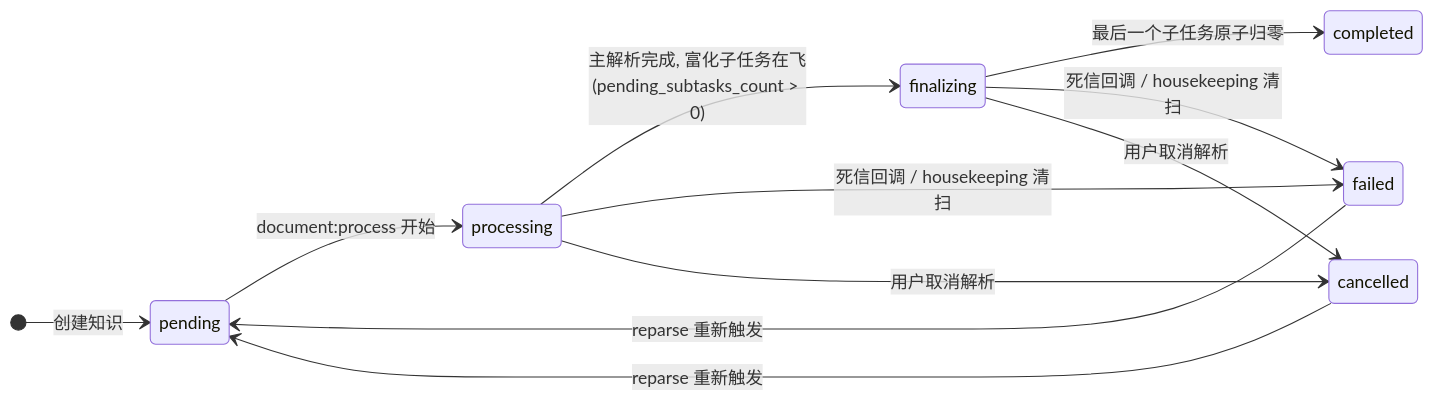
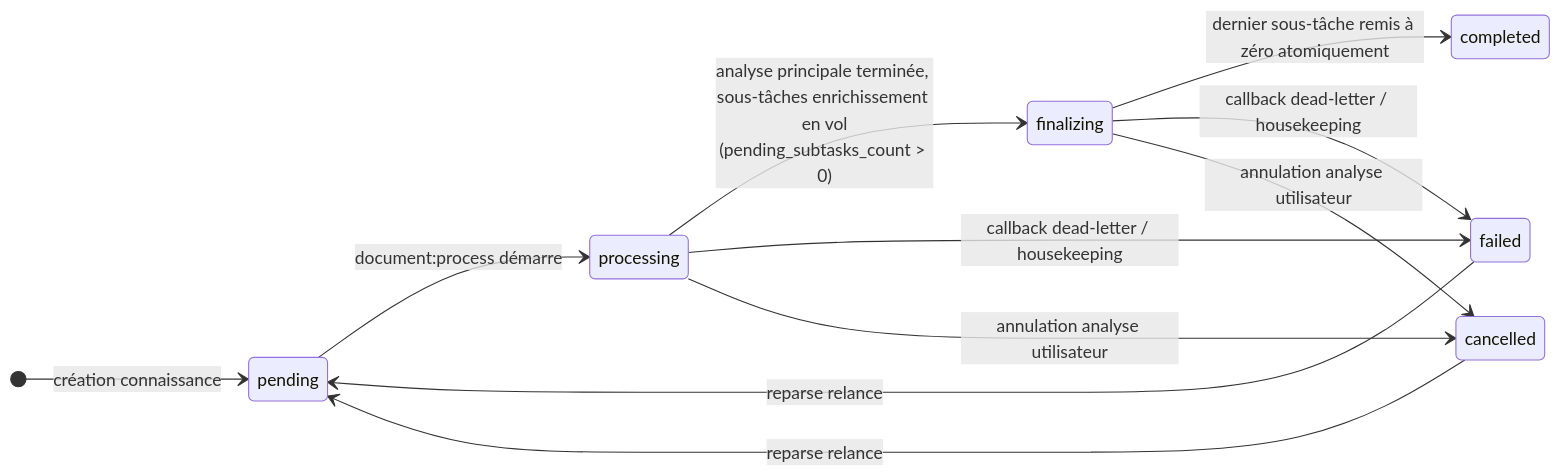
Before and after one commit to samiriggui-code/gsms-template: the third of 3 diagrams in website-docs/02-architecture/05-async-tasks.md, drawn with Mermaid. The commit also changed other lines of this file and 301 other files, not shown here.

````diff
--- a/website-docs/02-architecture/05-async-tasks.md
+++ b/website-docs/02-architecture/05-async-tasks.md
@@ -236,20 +236,20 @@
 ```mermaid
 stateDiagram-v2
     direction LR
-    [*] --> k_pending : 创建知识
-    k_pending --> k_processing : document:process 开始
-    k_processing --> k_finalizing : 主解析完成, 富化子任务在飞<br/>(pending_subtasks_count > 0)
-    k_finalizing --> k_completed : 最后一个子任务原子归零
-    k_processing --> k_failed : 死信回调 / housekeeping 清扫
-    k_finalizing --> k_failed : 死信回调 / housekeeping 清扫
-    k_processing --> k_cancelled : 用户取消解析
-    k_finalizing --> k_cancelled : 用户取消解析
-    k_cancelled --> k_pending : reparse 重新触发
-    k_failed --> k_pending : reparse 重新触发
+    [*] --> k_pending : création connaissance
+    k_pending --> k_processing : document:process démarre
+    k_processing --> k_finalizing : analyse principale terminée, sous-tâches enrichissement en vol<br/>(pending_subtasks_count > 0)
+    k_finalizing --> k_completed : dernier sous-tâche remis à zéro atomiquement
+    k_processing --> k_failed : callback dead-letter / housekeeping
+    k_finalizing --> k_failed : callback dead-letter / housekeeping
+    k_processing --> k_cancelled : annulation analyse utilisateur
+    k_finalizing --> k_cancelled : annulation analyse utilisateur
+    k_cancelled --> k_pending : reparse relance
+    k_failed --> k_pending : reparse relance
     k_pending : pending
     k_processing : processing
     k_finalizing : finalizing
     k_completed : completed
     k_failed : failed
     k_cancelled : cancelled
 ```
````
